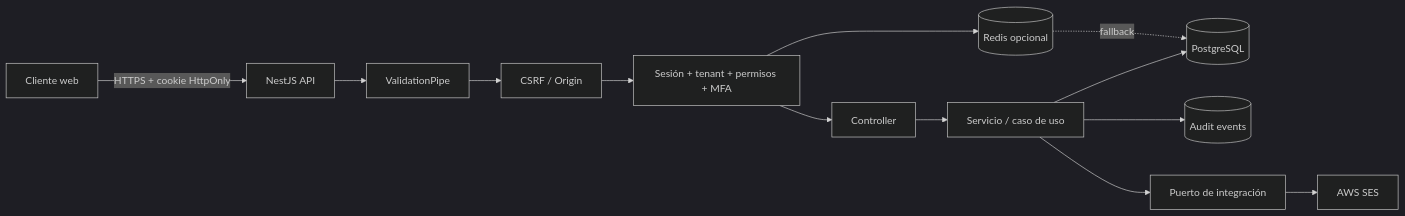
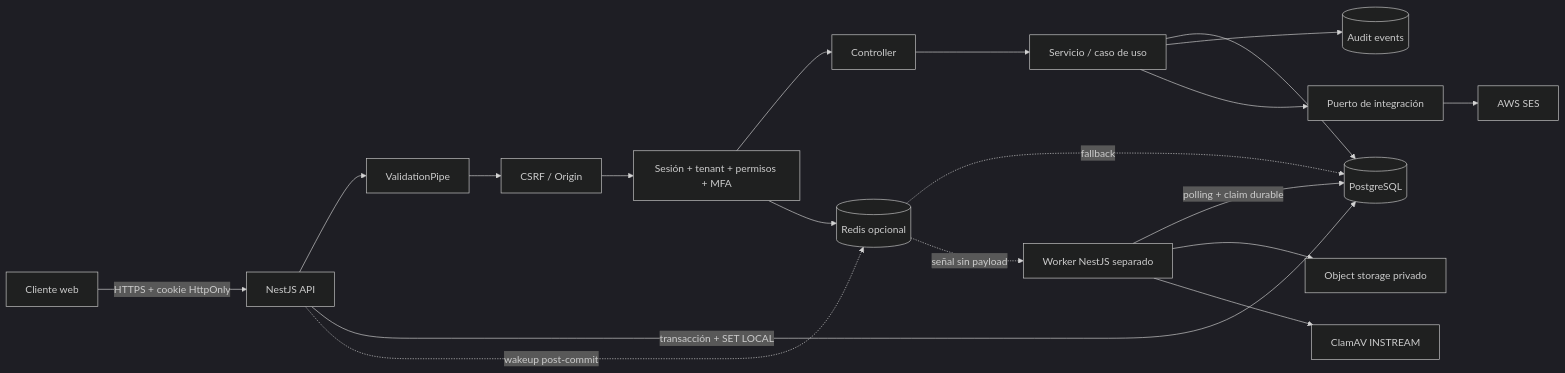
Before and after one commit to hemia-labs/balanz: the first of 2 diagrams in docs/architecture/ARCHITECTURE.md, drawn with Mermaid (dark theme). The commit also changed other lines of this file and 16 other files, not shown here.

Commit message:
docs(cfdi): add phase zero architecture and validation

````diff
--- a/docs/architecture/ARCHITECTURE.md
+++ b/docs/architecture/ARCHITECTURE.md
@@ -61,15 +68,21 @@
 ```mermaid
 flowchart LR
     Client[Cliente web] -->|HTTPS + cookie HttpOnly| API[NestJS API]
     API --> Pipe[ValidationPipe]
     Pipe --> CSRF[CSRF / Origin]
     CSRF --> Guards[Sesión + tenant + permisos + MFA]
     Guards --> Controller[Controller]
     Controller --> Service[Servicio / caso de uso]
     Service --> DB[(PostgreSQL)]
     Service --> Audit[(Audit events)]
     Guards --> Cache[(Redis opcional)]
     Cache -. fallback .-> DB
     Service --> Port[Puerto de integración]
     Port --> SES[AWS SES]
+    API -->|transacción + SET LOCAL| DB
+    API -. wakeup post-commit .-> Cache
+    Cache -. señal sin payload .-> Worker[Worker NestJS separado]
+    Worker -->|polling + claim durable| DB
+    Worker --> Storage[Object storage privado]
+    Worker --> Scanner[ClamAV INSTREAM]
 ```
````
